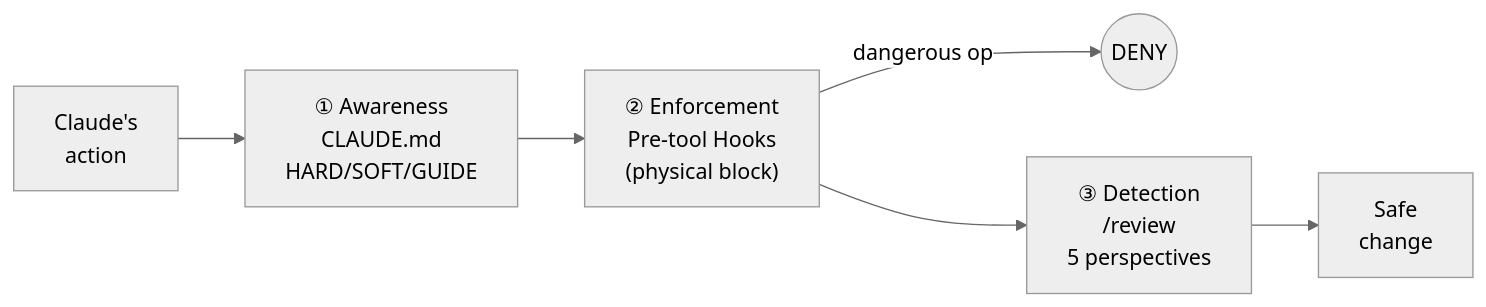
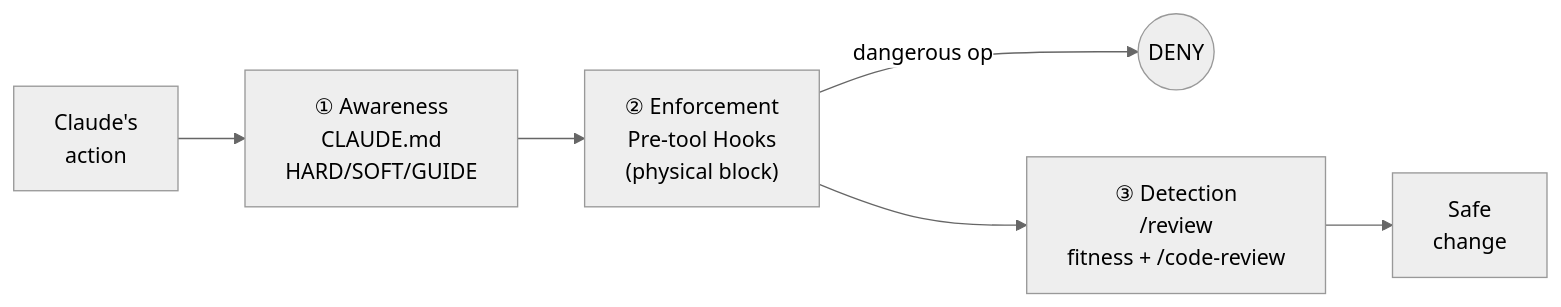
Before and after one commit to SideMountain/claude-code-sidekick: the third of 5 diagrams in README.md, drawn with Mermaid (neutral theme). The commit also changed other lines of this file and 23 other files, not shown here.

````diff
--- a/README.md
+++ b/README.md
@@ -253,9 +253,9 @@
 ```mermaid
 flowchart LR
     OP["Claude's<br/>action"] --> L1
     L1["① Awareness<br/>CLAUDE.md<br/>HARD/SOFT/GUIDE"] --> L2
     L2["② Enforcement<br/>Pre-tool Hooks<br/>(physical block)"]
     L2 -->|"dangerous op"| DENY(("DENY"))
     L2 --> L3
-    L3["③ Detection<br/>/review<br/>5 perspectives"] --> SAFE["Safe<br/>change"]
+    L3["③ Detection<br/>/review<br/>fitness + /code-review"] --> SAFE["Safe<br/>change"]
 ```
````
